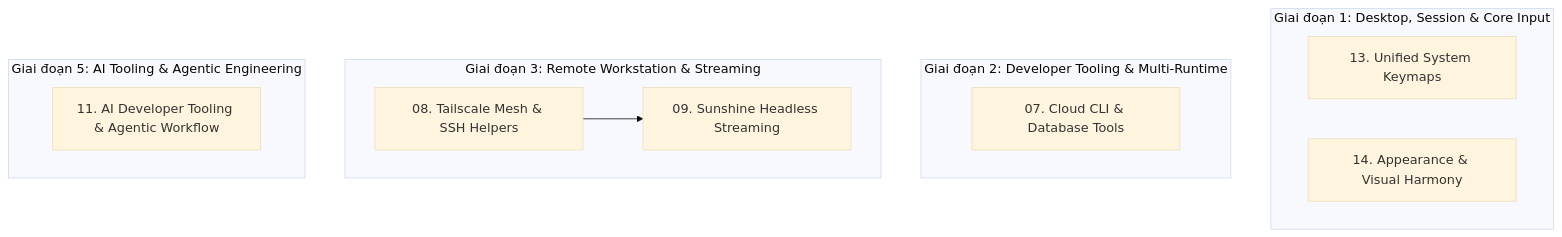
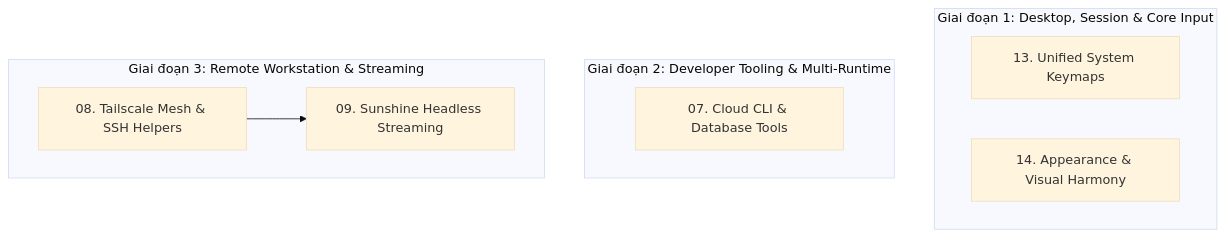
Before and after one commit to Aethries/dotfiles: the diagram in plans/README.md, drawn with Mermaid (base theme). The commit also changed other lines of this file and 546 other files, not shown here.

````diff
--- a/plans/README.md
+++ b/plans/README.md
@@ -9,20 +9,16 @@
 ```mermaid
 flowchart TD
     subgraph G1["Giai đoạn 1: Desktop, Session & Core Input"]
         P13["13. Unified System Keymaps"]
         P14["14. Appearance & Visual Harmony"]
     end
 
     subgraph G2["Giai đoạn 2: Developer Tooling & Multi-Runtime"]
         P07["07. Cloud CLI & Database Tools"]
     end
 
     subgraph G3["Giai đoạn 3: Remote Workstation & Streaming"]
         P08["08. Tailscale Mesh & SSH Helpers"]
         P08 --> P09["09. Sunshine Headless Streaming"]
     end
-
-    subgraph G5["Giai đoạn 5: AI Tooling & Agentic Engineering"]
-        P11["11. AI Developer Tooling & Agentic Workflow"]
-    end
 ```
````
